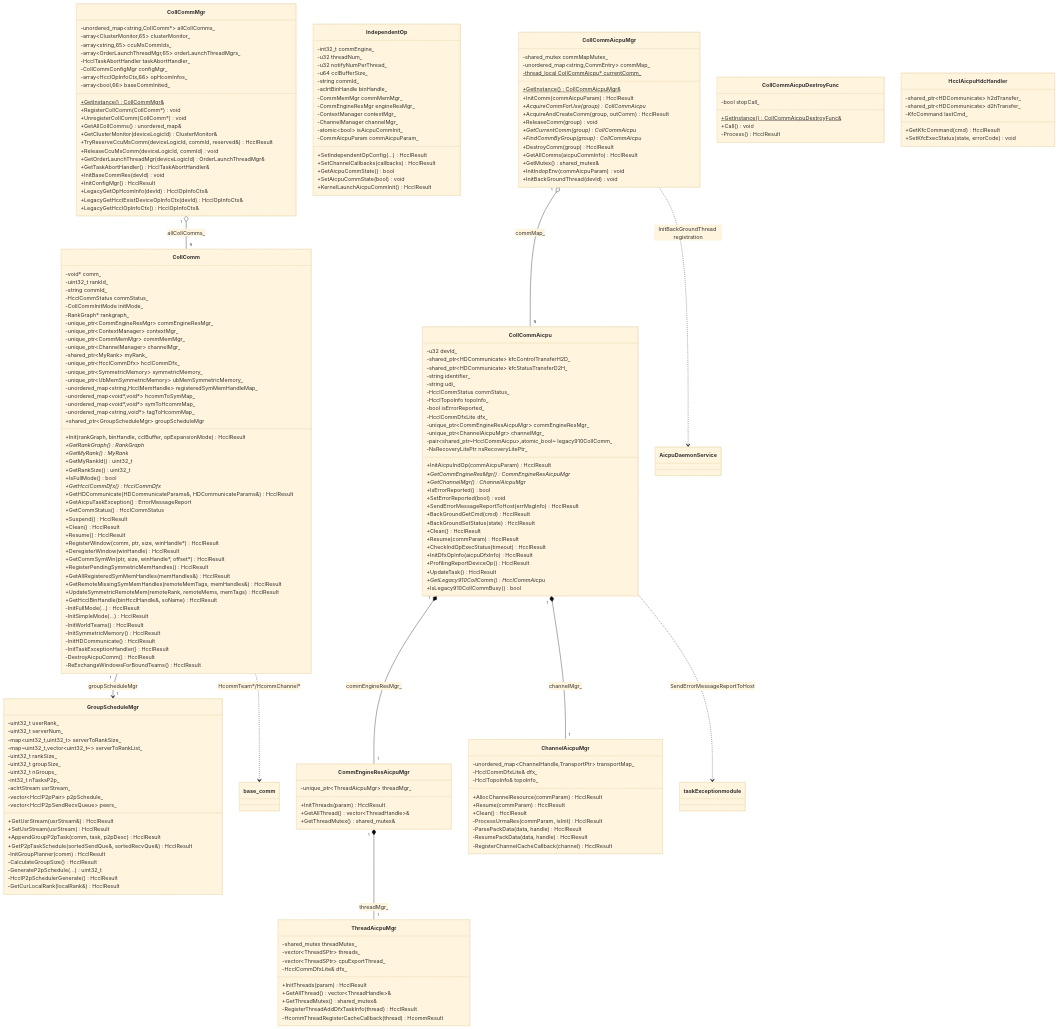
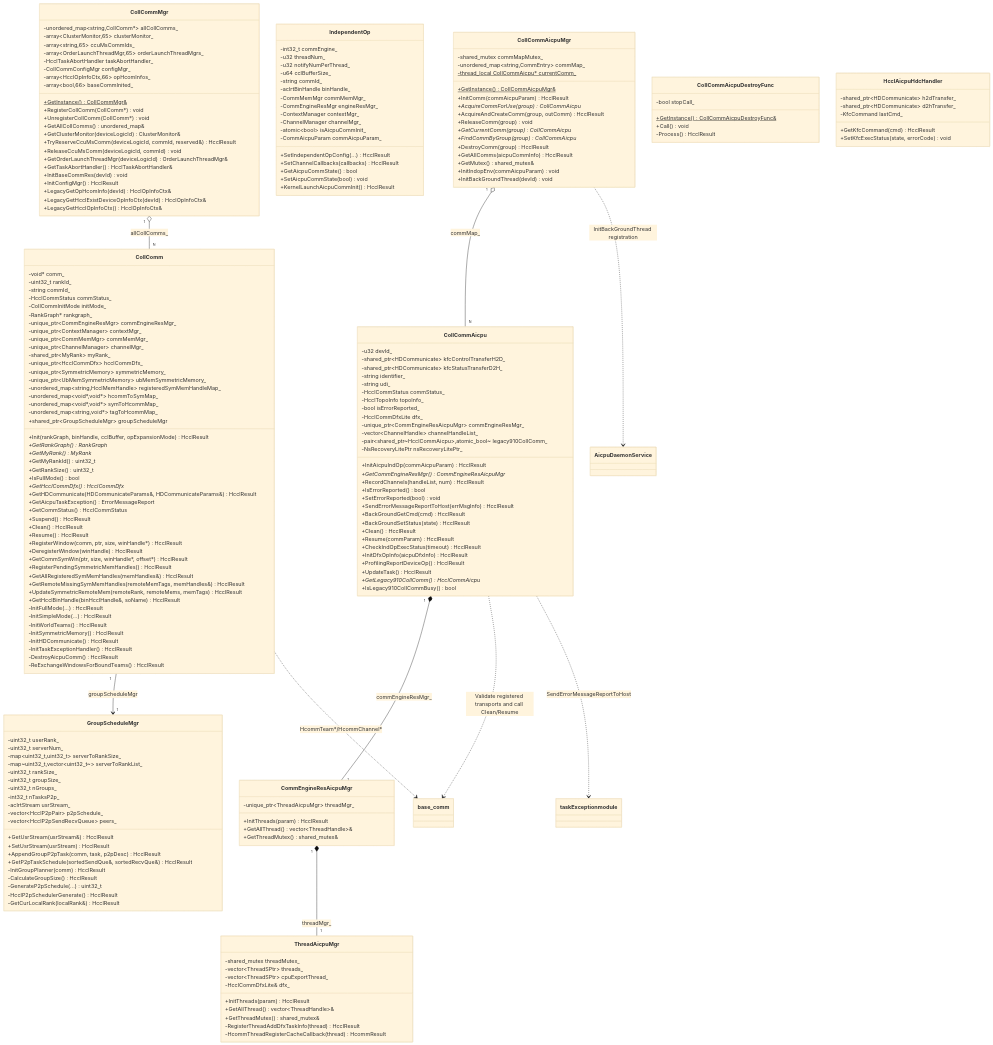
One commit to Atlas-Ascend-Fork/hcomm changed diagram 12 of 12 in src/coll_communicator_mgr/communicator/communicator_en.md. Above: the diagram before and after it, drawn with Mermaid (base theme). The commit also changed other lines of this file and 4 other files, not shown here.

```diff
--- a/src/coll_communicator_mgr/communicator/communicator_en.md
+++ b/src/coll_communicator_mgr/communicator/communicator_en.md
@@ -664,12 +656,12 @@
         -bool isErrorReported_
         -HcclCommDfxLite dfx_
         -unique_ptr~CommEngineResAicpuMgr~ commEngineResMgr_
-        -unique_ptr~ChannelAicpuMgr~ channelMgr_
+        -vector~ChannelHandle~ channelHandleList_
         -pair~shared_ptr~HcclCommAicpu~,atomic_bool~ legacy910CollComm_
         -NsRecoveryLitePtr nsRecoveryLitePtr_
         +InitAicpuIndOp(commAicpuParam) HcclResult
         +GetCommEngineResMgr() CommEngineResAicpuMgr*
-        +GetChannelMgr() ChannelAicpuMgr*
+        +RecordChannels(handleList, num) HcclResult
         +IsErrorReported() bool
         +SetErrorReported(bool) void
         +SendErrorMessageReportToHost(errMsgInfo) HcclResult
@@ -722,19 +714,6 @@
         -HcommThreadRegisterCacheCallback(thread) HcommResult
     }
 
-    class ChannelAicpuMgr {
-        -unordered_map~ChannelHandle,TransportPtr~ transportMap_
-        -HcclCommDfxLite& dfx_
-        -HcclTopoInfo& topoInfo_
-        +AllocChannelResource(commParam) HcclResult
-        +Resume(commParam) HcclResult
-        +Clean() HcclResult
-        -ProcessUrmaRes(commParam, isInit) HcclResult
-        -ParsePackData(data, handle) HcclResult
-        -ResumePackData(data, handle) HcclResult
-        -RegisterChannelCacheCallback(channel) HcclResult
-    }
-
     class CollCommAicpuDestroyFunc {
         -bool stopCall_
         +GetInstance() CollCommAicpuDestroyFunc&$
@@ -754,7 +733,7 @@
     CollComm "1" --> "1" GroupScheduleMgr : groupScheduleMgr
     CollCommAicpuMgr "1" o-- "N" CollCommAicpu : commMap_
     CollCommAicpu "1" *-- "1" CommEngineResAicpuMgr : commEngineResMgr_
-    CollCommAicpu "1" *-- "1" ChannelAicpuMgr : channelMgr_
+    CollCommAicpu ..> base_comm : Validate registered transports and call Clean/Resume
     CommEngineResAicpuMgr "1" *-- "1" ThreadAicpuMgr : threadMgr_
     CollComm ..> base_comm : HcommTeam*/HcommChannel*
     CollCommAicpu ..> taskException module : SendErrorMessageReportToHost
```
